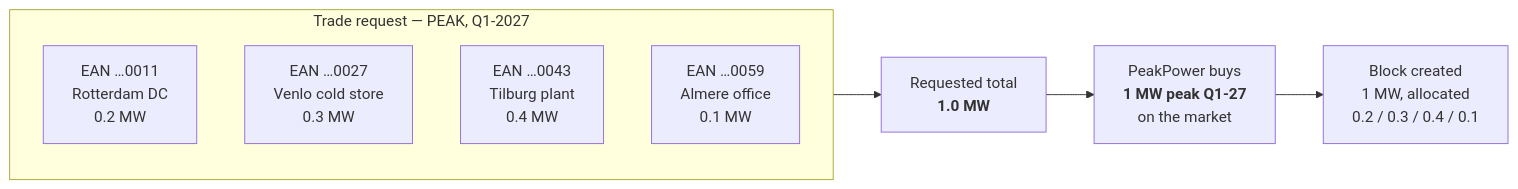
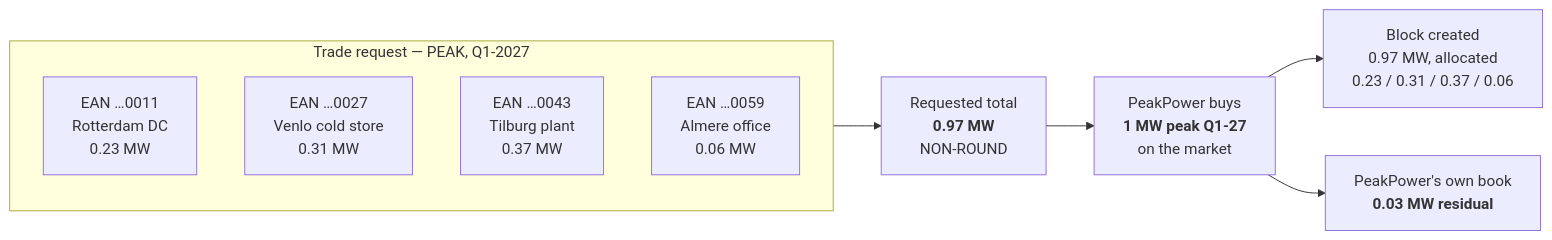
The second of 2 diagrams in specs/50-calculations/01-energy-block-maths.md (lukastosic-ifd/peakpowerspecs), drawn with Mermaid before and after one commit. The commit also changed other lines of this file and 66 other files, not shown here.

````diff
--- a/specs/50-calculations/01-energy-block-maths.md
+++ b/specs/50-calculations/01-energy-block-maths.md
@@ -216,12 +357,13 @@
 ```mermaid
 flowchart LR
     subgraph req["Trade request — PEAK, Q1-2027"]
-        E1["EAN …0011<br/>Rotterdam DC<br/>0.2 MW"]
-        E2["EAN …0027<br/>Venlo cold store<br/>0.3 MW"]
-        E3["EAN …0043<br/>Tilburg plant<br/>0.4 MW"]
-        E4["EAN …0059<br/>Almere office<br/>0.1 MW"]
+        E1["EAN …0011<br/>Rotterdam DC<br/>0.23 MW"]
+        E2["EAN …0027<br/>Venlo cold store<br/>0.31 MW"]
+        E3["EAN …0043<br/>Tilburg plant<br/>0.37 MW"]
+        E4["EAN …0059<br/>Almere office<br/>0.06 MW"]
     end
-    req --> SUM["Requested total<br/><b>1.0 MW</b>"]
+    req --> SUM["Requested total<br/><b>0.97 MW</b><br/>NON-ROUND"]
     SUM --> MKT["PeakPower buys<br/><b>1 MW peak Q1-27</b><br/>on the market"]
-    MKT --> BLK["Block created<br/>1 MW, allocated<br/>0.2 / 0.3 / 0.4 / 0.1"]
+    MKT --> BLK["Block created<br/>0.97 MW, allocated<br/>0.23 / 0.31 / 0.37 / 0.06"]
+    MKT --> RES["PeakPower's own book<br/><b>0.03 MW residual</b>"]
 ```
````
